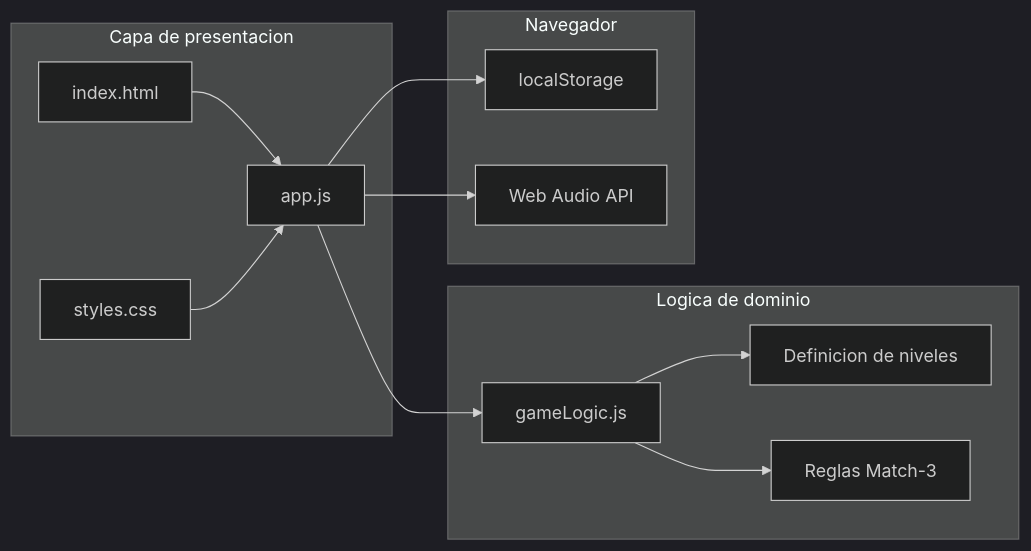
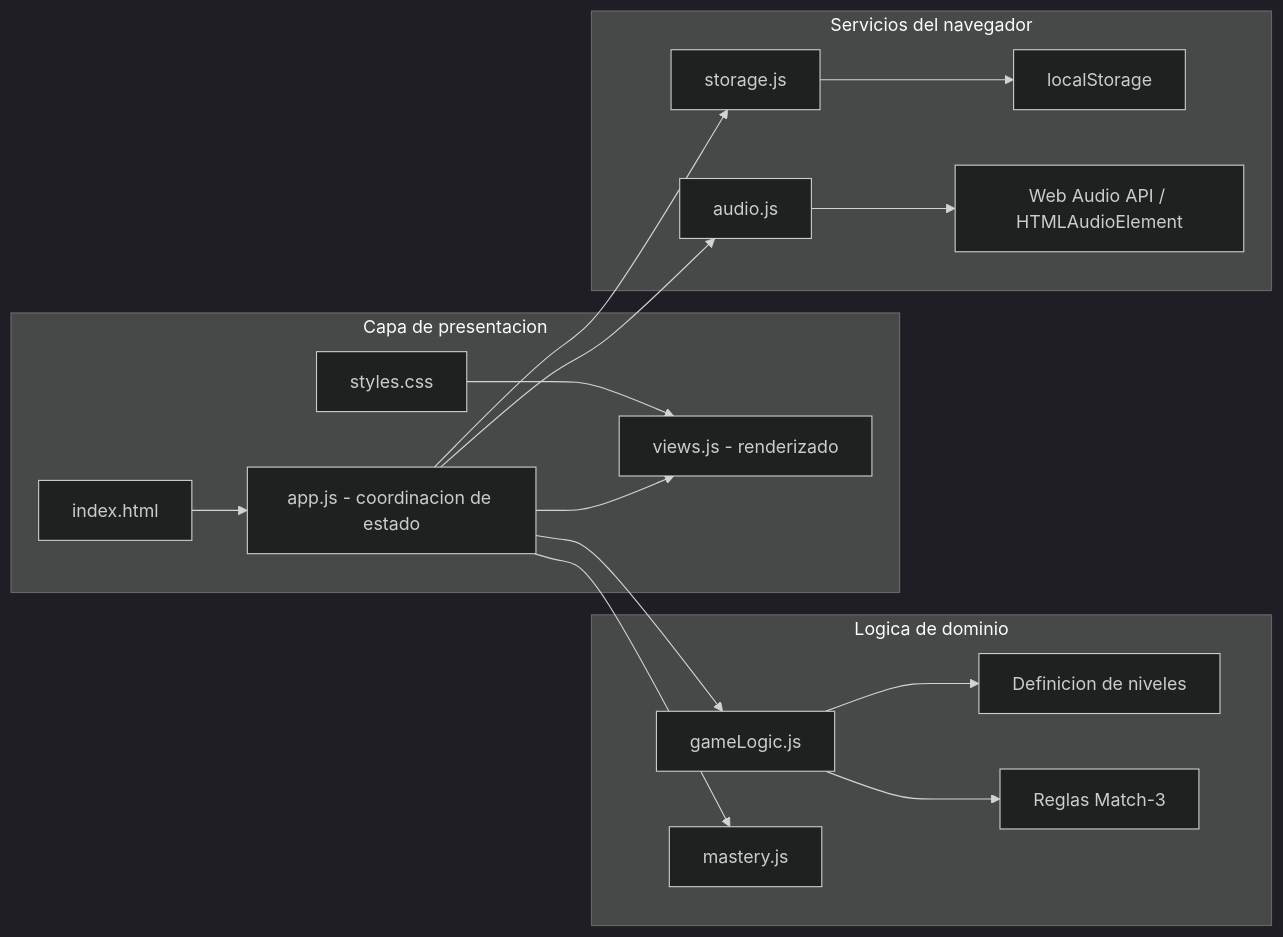
The third of 6 diagrams in docs/modelado.md (sebasbv11/juego-match-3), drawn with Mermaid (dark theme) before and after one commit. The commit also changed other lines of this file, not shown here.

````diff
--- a/docs/modelado.md
+++ b/docs/modelado.md
@@ -418,27 +448,35 @@
 ```mermaid
 flowchart LR
   subgraph UI["Capa de presentacion"]
     HTML["index.html"]
     CSS["styles.css"]
-    App["app.js"]
+    App["app.js - coordinacion de estado"]
+    Views["views.js - renderizado"]
   end
 
   subgraph Domain["Logica de dominio"]
     Logic["gameLogic.js"]
+    Mastery["mastery.js"]
     Levels["Definicion de niveles"]
     Rules["Reglas Match-3"]
   end
 
-  subgraph Browser["Navegador"]
+  subgraph Services["Servicios del navegador"]
+    StorageModule["storage.js"]
+    AudioModule["audio.js"]
     Storage["localStorage"]
-    Audio["Web Audio API"]
+    Audio["Web Audio API / HTMLAudioElement"]
   end
 
   HTML --> App
-  CSS --> App
+  CSS --> Views
+  App --> Views
   App --> Logic
+  App --> Mastery
   Logic --> Levels
   Logic --> Rules
-  App --> Storage
-  App --> Audio
+  App --> StorageModule
+  App --> AudioModule
+  StorageModule --> Storage
+  AudioModule --> Audio
 ```
````
